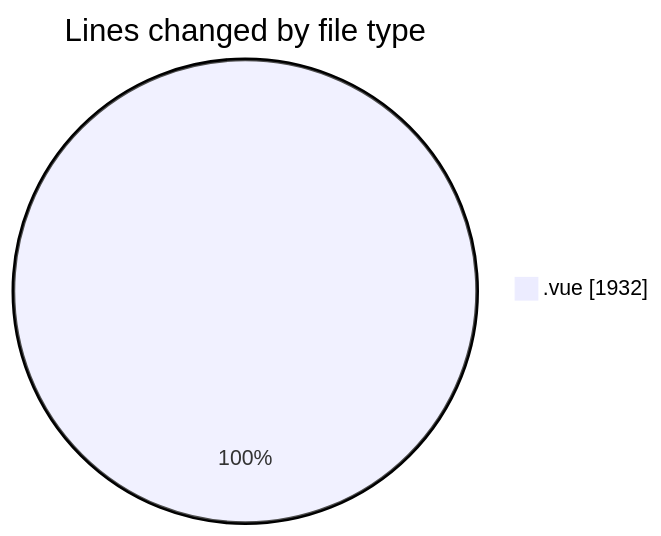
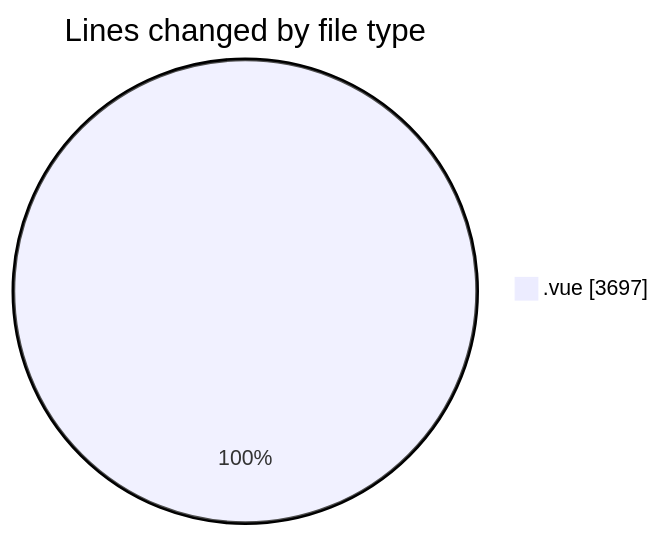
The first of 2 diagrams in 2025-08-14/rentotp/README.md (lephambinh05/code-tracking), drawn with Mermaid before and after one commit. The commit also changed other lines of this file and 1 other file, not shown here.

````diff
--- a/2025-08-14/rentotp/README.md
+++ b/2025-08-14/rentotp/README.md
@@ -21,5 +21,5 @@
 ```mermaid
 pie showData
 title Lines changed by file type
-".vue" : 1932
+".vue" : 3697
 ```
````
